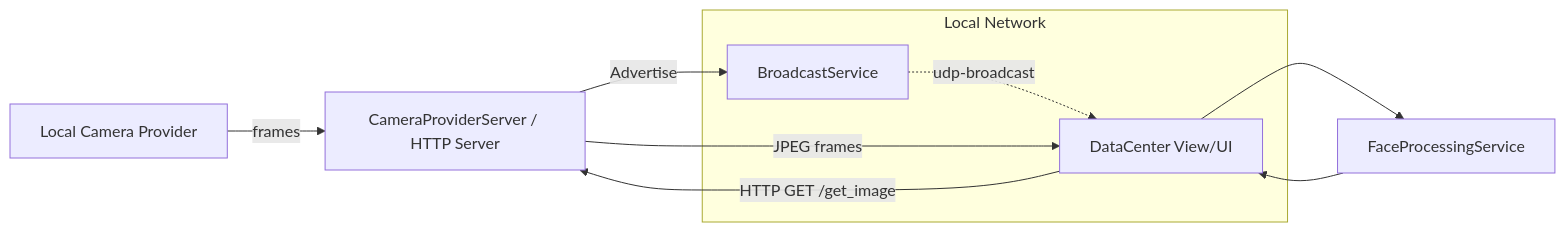
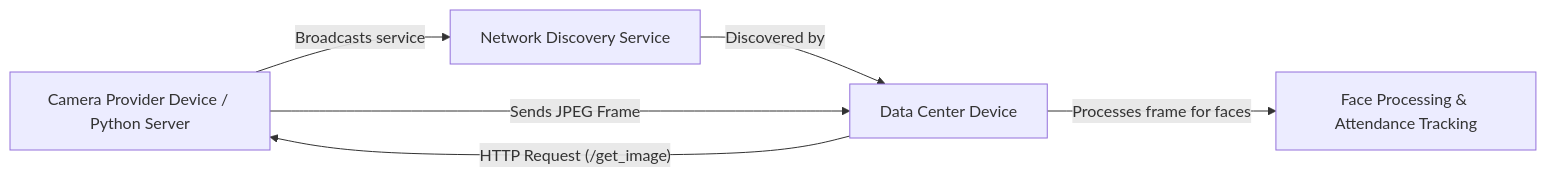
One commit to abdelaziz-mahdy/automated_attendance changed the diagram in README.md. Above: the diagram before and after it, drawn with Mermaid. The commit also changed other lines of this file and 1 other file, not shown here.

````diff
--- a/README.md
+++ b/README.md
@@ -23,14 +44,13 @@
 ```mermaid
-flowchart LR
-    A["Local Camera Provider"] -- frames --> B["CameraProviderServer / HTTP Server"]
-    B -- Advertise --> C["BroadcastService"]
+graph LR
+    A[Camera Provider Device / Python Server]
+    B[Network Discovery Service]
+    C[Data Center Device]
+    D[Face Processing & Attendance Tracking]
 
-    subgraph "Local Network"
-        C -. udp-broadcast .-> D["DiscoveryService (Data Center)"]
-    end
-
-    D -- "HTTP GET /get_image" --> B
-    B -- "JPEG frames" --> D
-    D --> E["FaceProcessingService"]
-    E --> D["DataCenter View/UI"]
+    A -- "Broadcasts service" --> B
+    B -- "Discovered by" --> C
+    C -- "HTTP Request (/get_image)" --> A
+    A -- "Sends JPEG Frame" --> C
+    C -- "Processes frame for faces" --> D
 ```
````
